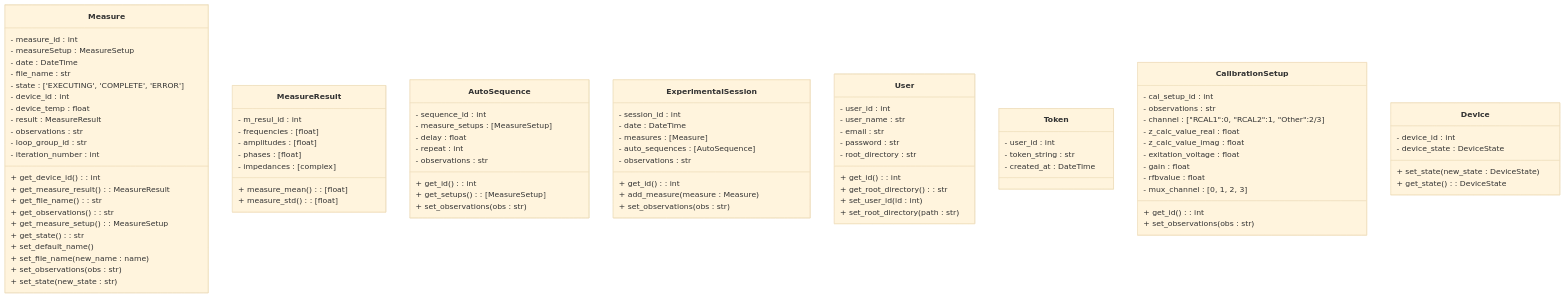
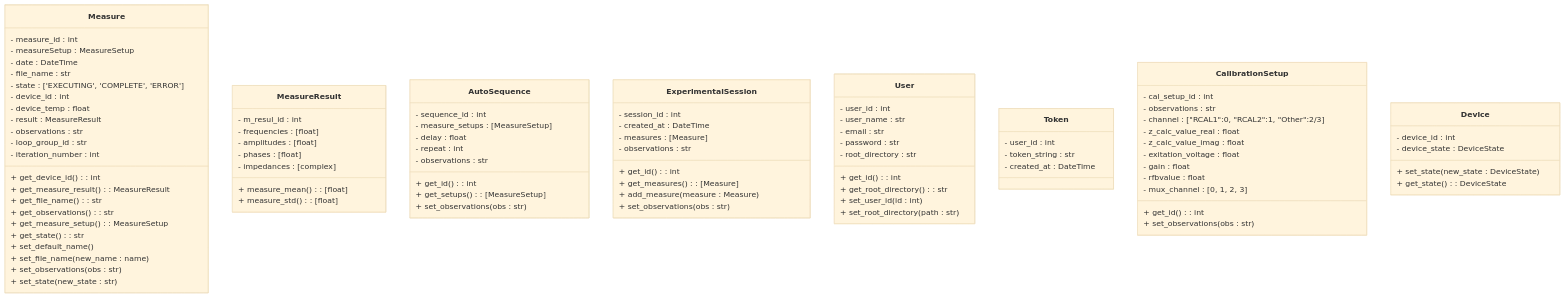
One commit to alegrelias/Repo-GMini changed the seventh of 16 diagrams in Gmini-MarkDown/Diagramas/Diagramas de Clases.md. Above: the diagram before and after it, drawn with Mermaid (base theme). The commit also changed other lines of this file, not shown here.

```diff
--- a/Gmini-MarkDown/Diagramas/Diagramas de Clases.md
+++ b/Gmini-MarkDown/Diagramas/Diagramas de Clases.md
@@ -710,11 +717,11 @@
 
 class ExperimentalSession {
 	- session_id : int
-	- date : DateTime
+	- created_at : DateTime
 	- measures : [Measure]
-	- auto_sequences : [AutoSequence]
 	- observations : str
 	+ get_id() : int
+	+ get_measures() : [Measure]
 	+ add_measure(measure : Measure)
 	+ set_observations(obs : str)
 }
```
